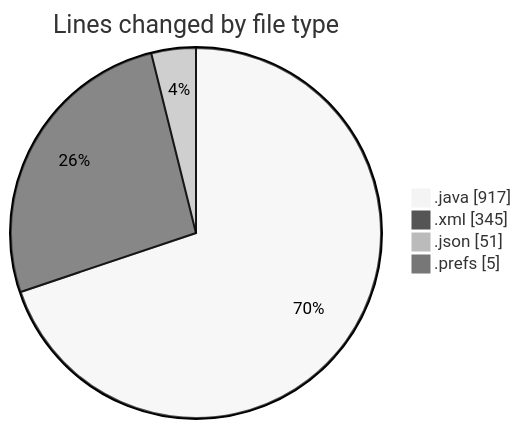
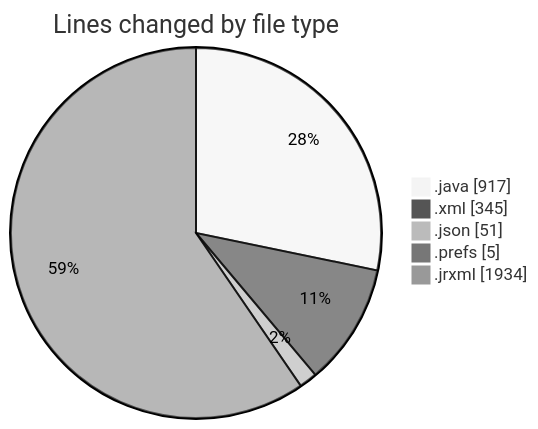
The first of 2 diagrams in 2026-10-01/cilreports__workspace_/README.md (ricardozamudiocil/code-tracking), drawn with Mermaid (neutral theme) before and after one commit. The commit also changed other lines of this file and 1 other file, not shown here.

````diff
--- a/2026-10-01/cilreports__workspace_/README.md
+++ b/2026-10-01/cilreports__workspace_/README.md
@@ -23,8 +25,9 @@
 ```mermaid
 pie showData
 title Lines changed by file type
 ".java" : 917
 ".xml" : 345
 ".json" : 51
 ".prefs" : 5
+".jrxml" : 1934
 ```
````
